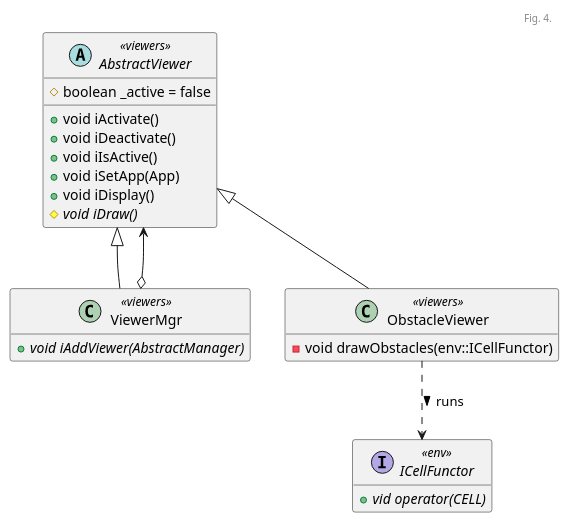
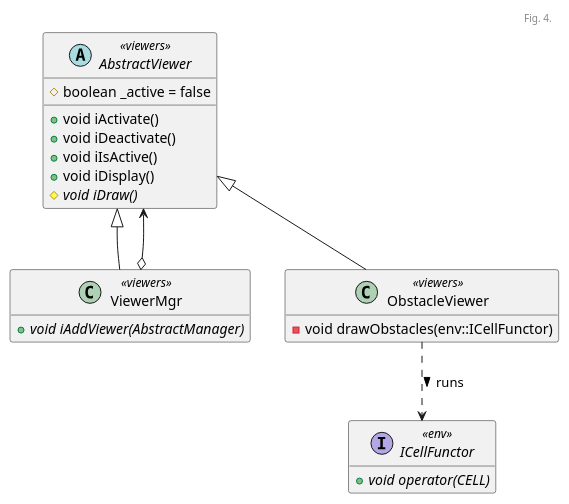
Before and after one commit to kanmeugne/kanmeugne.github.io: the fourth of 4 diagrams in _posts/modsim/2020-10-04-2d-grid-obstacles.md, drawn with PlantUML. The commit also changed other lines of this file and 9 other files, not shown here.

Commit message:
add differents pics + add native uml graph

````diff
--- a/_posts/modsim/2020-10-04-2d-grid-obstacles.md
+++ b/_posts/modsim/2020-10-04-2d-grid-obstacles.md
@@ -321,30 +321,29 @@
 ```plantuml
 @startuml
 header Fig. 4.
 abstract AbstractViewer <<viewers>>
 {
 	# boolean _active = false
 	+ void iActivate()
 	+ void iDeactivate()
 	+ void iIsActive()
-    + void iSetApp(App)
 	+ void iDisplay()
 	# void {abstract} iDraw()
 }
 class ViewerMgr <<viewers>> extends AbstractViewer
 {
 	+ {abstract} void iAddViewer(AbstractManager)
 }
 interface ICellFunctor <<env>> 
 {
-    + {abstract} vid operator(CELL)
+    + {abstract} void operator(CELL)
 }
 class ObstacleViewer <<viewers>> extends AbstractViewer
 {
     - void drawObstacles(env::ICellFunctor)
 }
 ViewerMgr o--> AbstractViewer
 ObstacleViewer ..> ICellFunctor : runs >
 hide empty members
 @enduml
 ```
````
